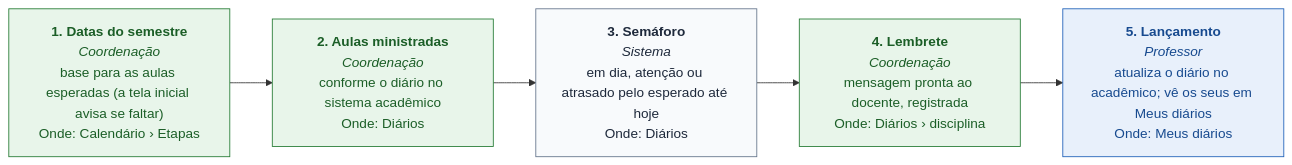
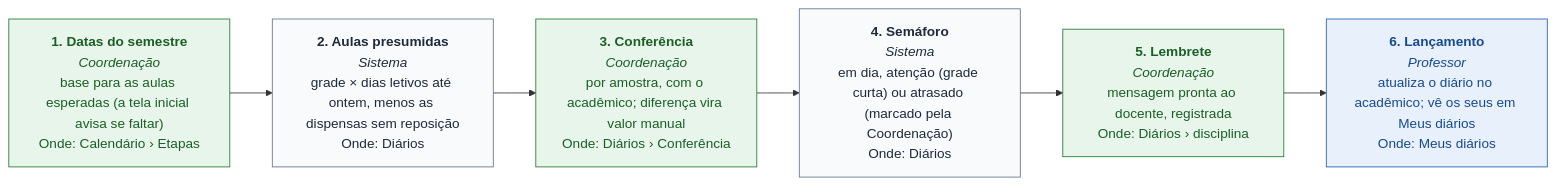
One commit to cctrc-bvg/sgc-redes-bvg changed the ninth of 14 diagrams in docs/MANUAL_DO_USUARIO.md. Above: the diagram before and after it, drawn with Mermaid. The commit also changed other lines of this file and 7 other files, not shown here.

First line of the commit message:
RF08-A/G27: E2E da conferência e do resumo semanal; Ajuda, FLUXOS e manual atualizados

````diff
--- a/docs/MANUAL_DO_USUARIO.md
+++ b/docs/MANUAL_DO_USUARIO.md
@@ -660,17 +670,19 @@
 ```mermaid
 flowchart LR
   classDef gestao fill:#e8f5ea,stroke:#237a32,color:#1b5e27
   classDef docencia fill:#e8f0fb,stroke:#1d5fb8,color:#174a8f
   classDef setor fill:#fffbeb,stroke:#d97706,color:#78350f
   classDef sistema fill:#f8fafc,stroke:#64748b,color:#1e293b
   classDef todos fill:#ffffff,stroke:#64748b,color:#1e293b
   E0["<b>1. Datas do semestre</b><br/><i>Coordenação</i><br/>base para as aulas esperadas (a tela inicial avisa se faltar)<br/>Onde: Calendário › Etapas"]:::gestao
-  E1["<b>2. Aulas ministradas</b><br/><i>Coordenação</i><br/>conforme o diário no sistema acadêmico<br/>Onde: Diários"]:::gestao
+  E1["<b>2. Aulas presumidas</b><br/><i>Sistema</i><br/>grade × dias letivos até ontem, menos as dispensas sem reposição<br/>Onde: Diários"]:::sistema
   E0 --> E1
-  E2["<b>3. Semáforo</b><br/><i>Sistema</i><br/>em dia, atenção ou atrasado pelo esperado até hoje<br/>Onde: Diários"]:::sistema
+  E2["<b>3. Conferência</b><br/><i>Coordenação</i><br/>por amostra, com o acadêmico; diferença vira valor manual<br/>Onde: Diários › Conferência"]:::gestao
   E1 --> E2
-  E3["<b>4. Lembrete</b><br/><i>Coordenação</i><br/>mensagem pronta ao docente, registrada<br/>Onde: Diários › disciplina"]:::gestao
+  E3["<b>4. Semáforo</b><br/><i>Sistema</i><br/>em dia, atenção (grade curta) ou atrasado (marcado pela Coordenação)<br/>Onde: Diários"]:::sistema
   E2 --> E3
-  E4["<b>5. Lançamento</b><br/><i>Professor</i><br/>atualiza o diário no acadêmico; vê os seus em Meus diários<br/>Onde: Meus diários"]:::docencia
+  E4["<b>5. Lembrete</b><br/><i>Coordenação</i><br/>mensagem pronta ao docente, registrada<br/>Onde: Diários › disciplina"]:::gestao
   E3 --> E4
+  E5["<b>6. Lançamento</b><br/><i>Professor</i><br/>atualiza o diário no acadêmico; vê os seus em Meus diários<br/>Onde: Meus diários"]:::docencia
+  E4 --> E5
 ```
````
